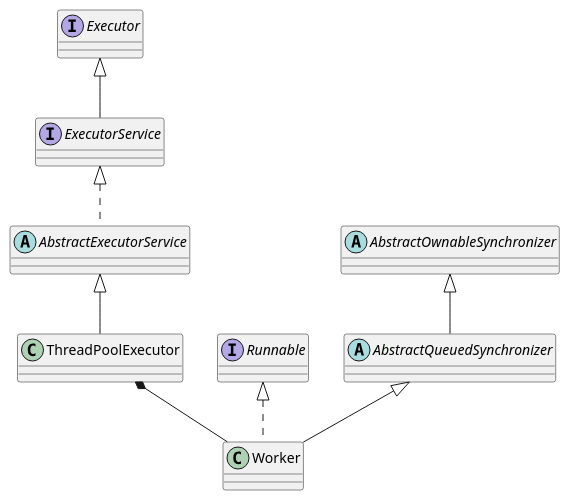
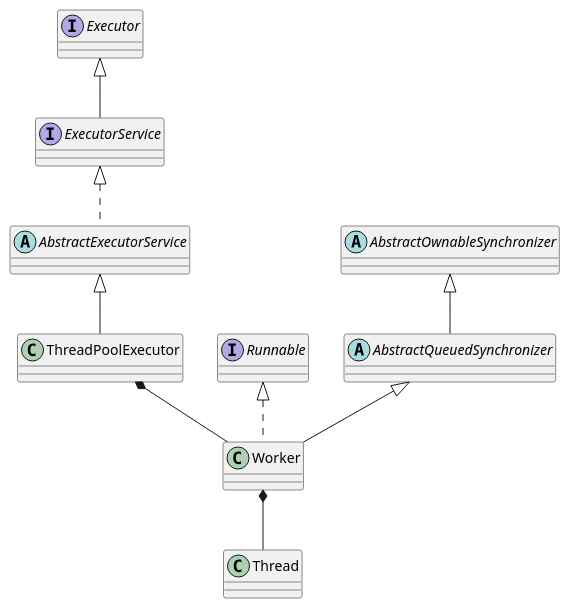
One commit to duweiwang/duweiwang.github.io changed the diagram in uml/java-threadpool.puml. Above: the diagram before and after it, drawn with PlantUML. The commit also changed 7 other files, not shown here.

```diff
--- a/uml/java-threadpool.puml
+++ b/uml/java-threadpool.puml
@@ -1,27 +1,30 @@
 @startuml
 'https://plantuml.com/sequence-diagram
 
 interface Executor{}
 interface ExecutorService{}
 abstract class AbstractExecutorService{}
 class ThreadPoolExecutor{}
 
 
 interface Runnable{}
 abstract class AbstractOwnableSynchronizer{}
 abstract class AbstractQueuedSynchronizer{}
 class Worker{}
 
+class Thread{}
+
 
 Runnable <|.. Worker
 AbstractQueuedSynchronizer <|-- Worker
 AbstractOwnableSynchronizer <|-- AbstractQueuedSynchronizer
 ThreadPoolExecutor *-- Worker
 
 
-
 Executor <|-- ExecutorService
 ExecutorService <|.. AbstractExecutorService
 AbstractExecutorService <|-- ThreadPoolExecutor
 
+
+Worker *--Thread
 @enduml
```
